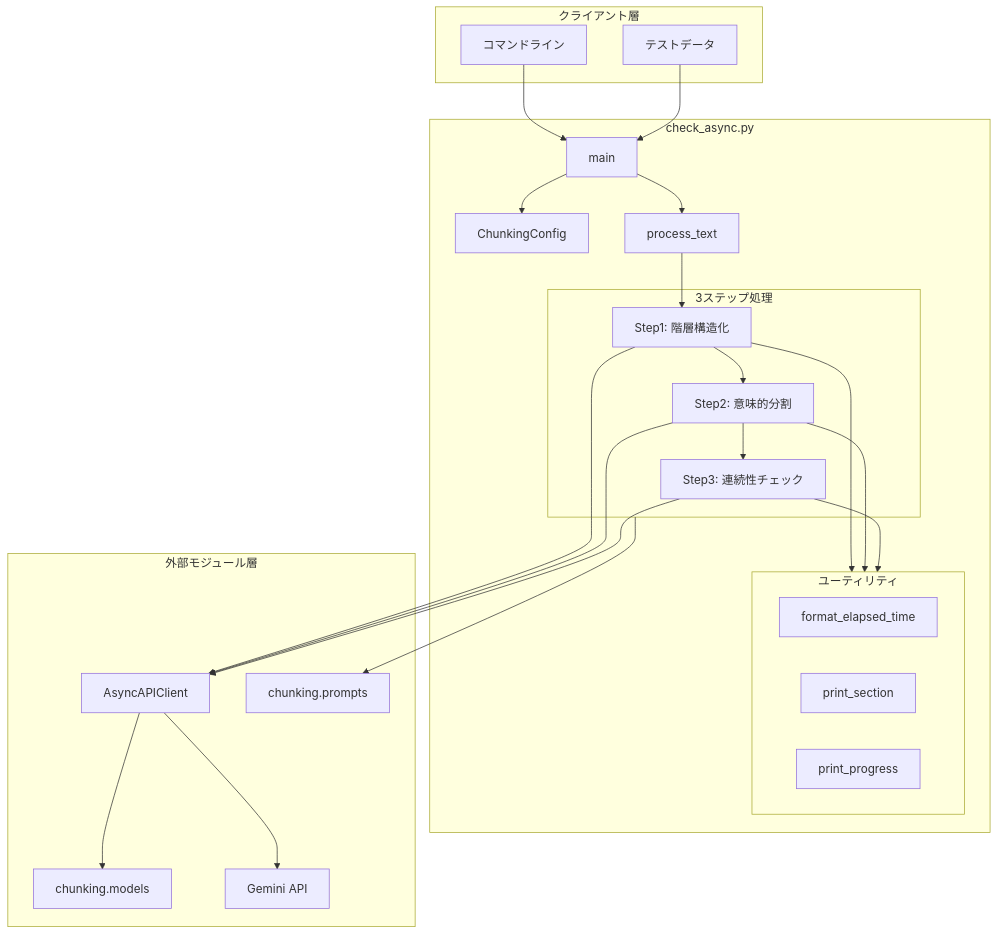
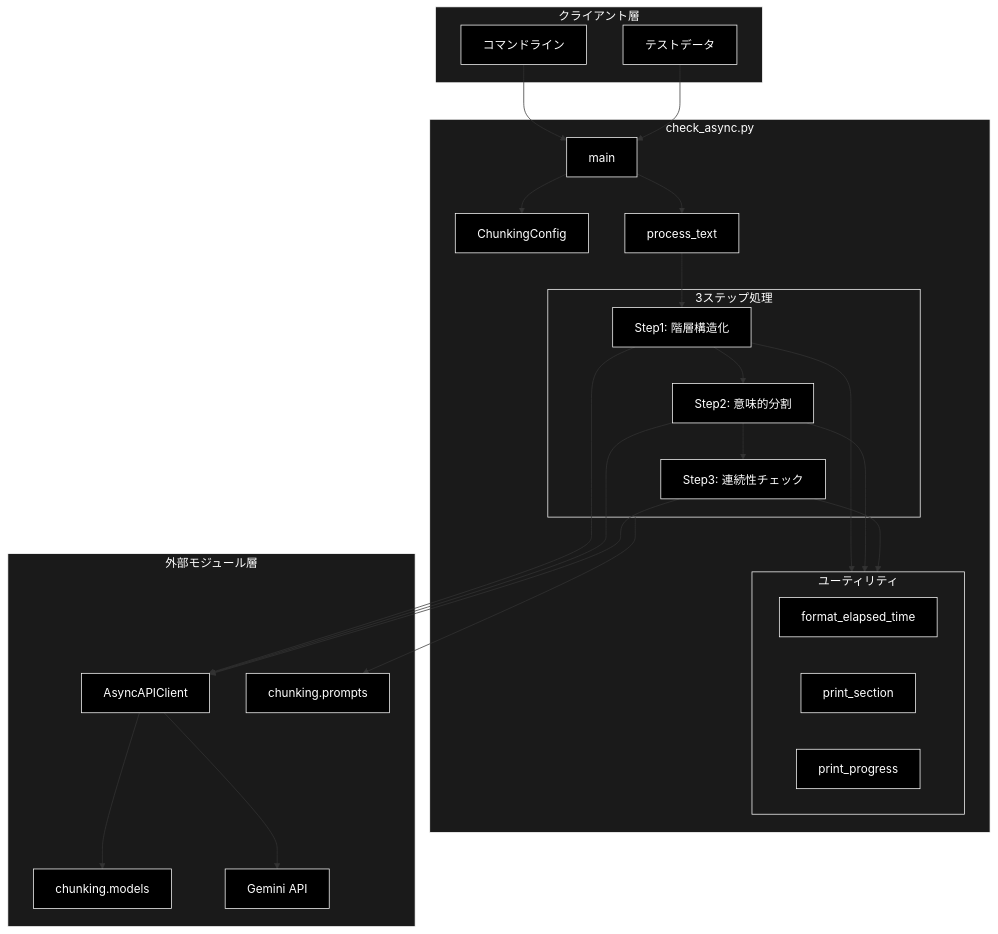
One commit to nakashima2toshio/grace_v2_local changed the first of 6 diagrams in chunking/docs/check_async.md. Above: the diagram before and after it, drawn with Mermaid. The commit also changed other lines of this file and 4 other files, not shown here.

First line of the commit message:
docs: Mermaid 26 図に黒背景スタイルを適用する

````diff
--- a/chunking/docs/check_async.md
+++ b/chunking/docs/check_async.md
@@ -69,49 +69,57 @@
 ```mermaid
 flowchart TB
     subgraph CLIENT["クライアント層"]
         CLI[コマンドライン]
         TEST[テストデータ]
     end
 
     subgraph MODULE["check_async.py"]
         CONFIG[ChunkingConfig]
         MAIN[main]
         PROCESS[process_text]
 
         subgraph STEPS["3ステップ処理"]
             S1[Step1: 階層構造化]
             S2[Step2: 意味的分割]
             S3[Step3: 連続性チェック]
         end
 
         subgraph UTILS["ユーティリティ"]
             FMT[format_elapsed_time]
             SEC[print_section]
             PRG[print_progress]
         end
     end
 
     subgraph EXTERNAL["外部モジュール層"]
         API[AsyncAPIClient]
         MODELS[chunking.models]
         PROMPTS[chunking.prompts]
         GEMINI[Gemini API]
     end
 
     CLI --> MAIN
     TEST --> MAIN
     MAIN --> CONFIG
     MAIN --> PROCESS
     PROCESS --> S1
     S1 --> S2
     S2 --> S3
     S1 --> API
     S2 --> API
     S3 --> API
     S1 --> UTILS
     S2 --> UTILS
     S3 --> UTILS
     API --> GEMINI
     API --> MODELS
     STEPS --> PROMPTS
+classDef default fill:#000,stroke:#fff,color:#fff
+classDef subgraphStyle fill:#1a1a1a,stroke:#fff,color:#fff
+class CLI,TEST,CONFIG,MAIN,PROCESS,S1,S2,S3,FMT,SEC,PRG,API,MODELS,PROMPTS,GEMINI default
+style CLIENT fill:#1a1a1a,stroke:#fff,color:#fff
+style MODULE fill:#1a1a1a,stroke:#fff,color:#fff
+style STEPS fill:#1a1a1a,stroke:#fff,color:#fff
+style UTILS fill:#1a1a1a,stroke:#fff,color:#fff
+style EXTERNAL fill:#1a1a1a,stroke:#fff,color:#fff
 ```
````
